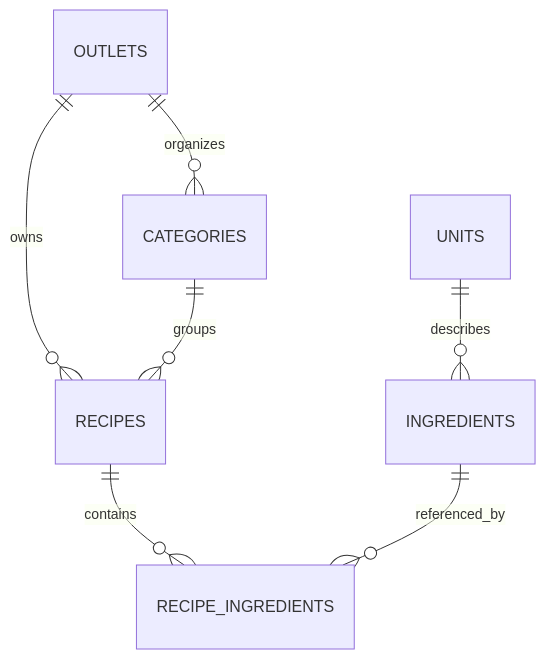
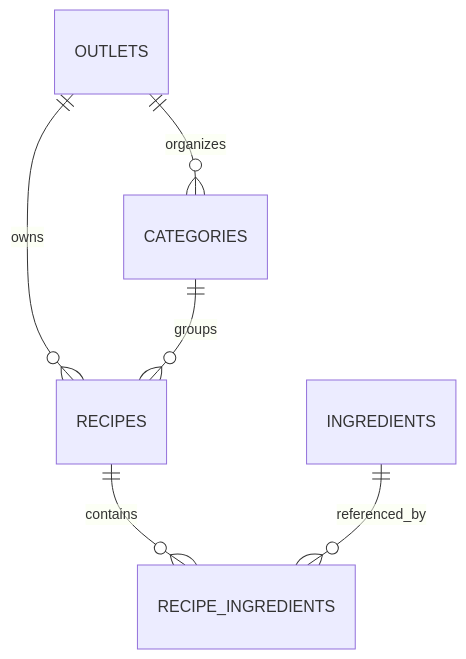
One commit to gokturk078/kitchen-os changed the first of 2 diagrams in README.md. Above: the diagram before and after it, drawn with Mermaid. The commit also changed other lines of this file, not shown here.

Commit message:
docs: align data model diagram with schema

````diff
--- a/README.md
+++ b/README.md
@@ -21,9 +21,8 @@
 ```mermaid
 erDiagram
     OUTLETS ||--o{ CATEGORIES : organizes
     OUTLETS ||--o{ RECIPES : owns
     CATEGORIES ||--o{ RECIPES : groups
     RECIPES ||--o{ RECIPE_INGREDIENTS : contains
     INGREDIENTS ||--o{ RECIPE_INGREDIENTS : referenced_by
-    UNITS ||--o{ INGREDIENTS : describes
 ```
````
